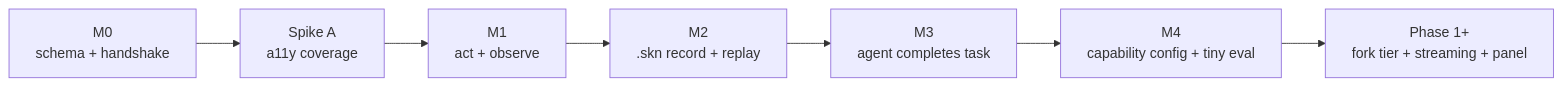
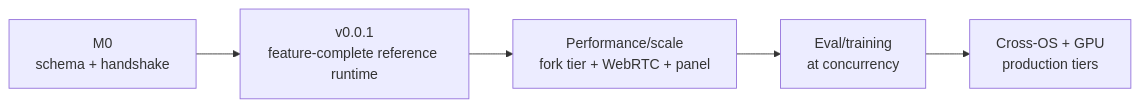
One commit to Meirtz/Shinken changed the third of 3 diagrams in README.md. Above: the diagram before and after it, drawn with Mermaid. The commit also changed other lines of this file and 73 other files, not shown here.

````diff
--- a/README.md
+++ b/README.md
@@ -241,9 +261,7 @@
 ```mermaid
 flowchart LR
-  M0["M0<br/>schema + handshake"] --> SA["Spike A<br/>a11y coverage"]
-  SA --> M1["M1<br/>act + observe"]
-  M1 --> M2["M2<br/>.skn record + replay"]
-  M2 --> M3["M3<br/>agent completes task"]
-  M3 --> M4["M4<br/>capability config + tiny eval"]
-  M4 --> P1["Phase 1+<br/>fork tier + streaming + panel"]
+  M0["M0<br/>schema + handshake"] --> V001["v0.0.1<br/>feature-complete reference runtime"]
+  V001 --> P1["Performance/scale<br/>fork tier + WebRTC + panel"]
+  P1 --> P2["Eval/training<br/>at concurrency"]
+  P2 --> P3["Cross-OS + GPU<br/>production tiers"]
 ```
````
